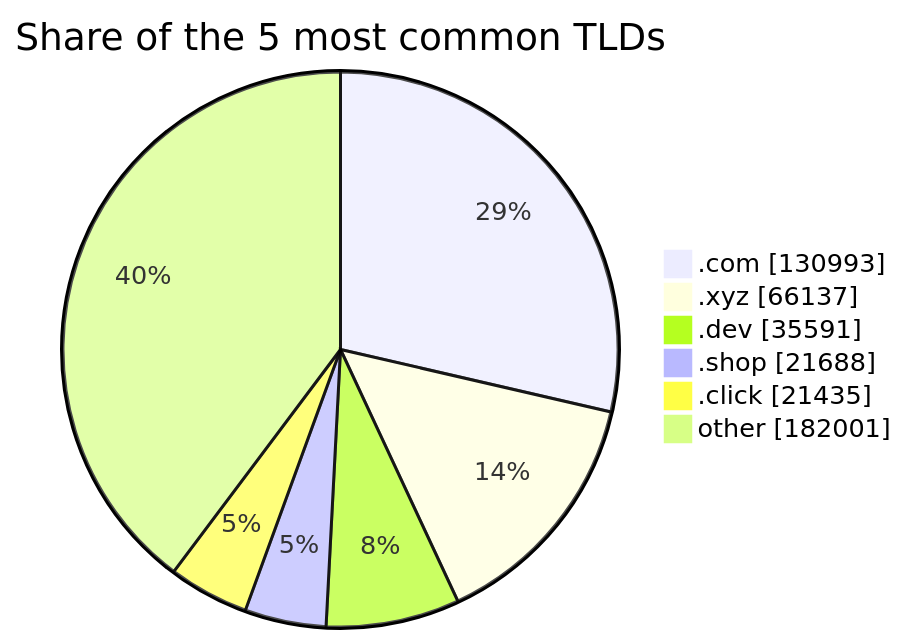
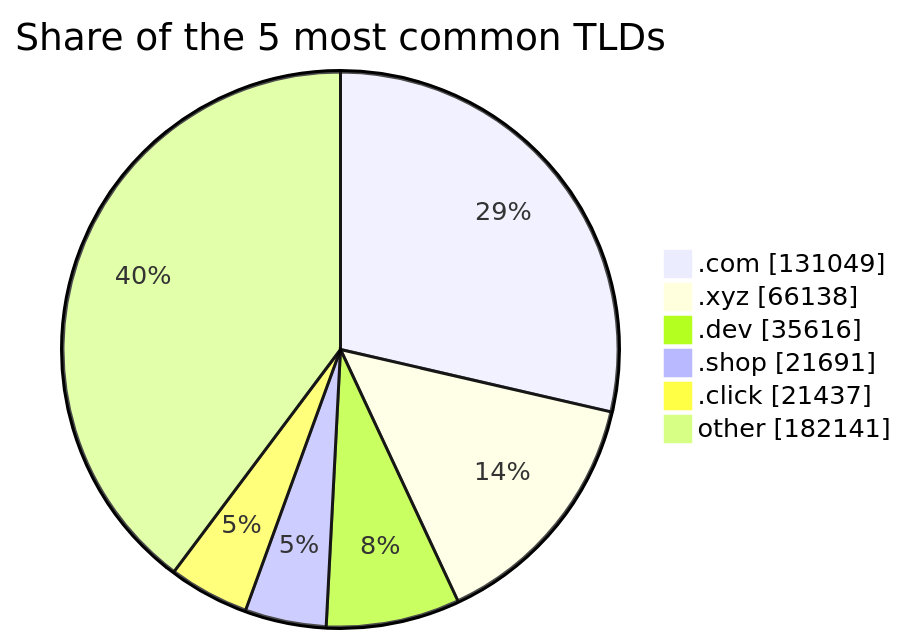
One commit to DNSBunker/CTI changed the third of 3 diagrams in README.md. Above: the diagram before and after it, drawn with Mermaid. The commit also changed other lines of this file and 3 other files, not shown here.

````diff
--- a/README.md
+++ b/README.md
@@ -81,9 +81,9 @@
 ```mermaid
 pie showData title Share of the 5 most common TLDs
-    ".com" : 130993
-    ".xyz" : 66137
-    ".dev" : 35591
-    ".shop" : 21688
-    ".click" : 21435
-    "other" : 182001
+    ".com" : 131049
+    ".xyz" : 66138
+    ".dev" : 35616
+    ".shop" : 21691
+    ".click" : 21437
+    "other" : 182141
 ```
````
